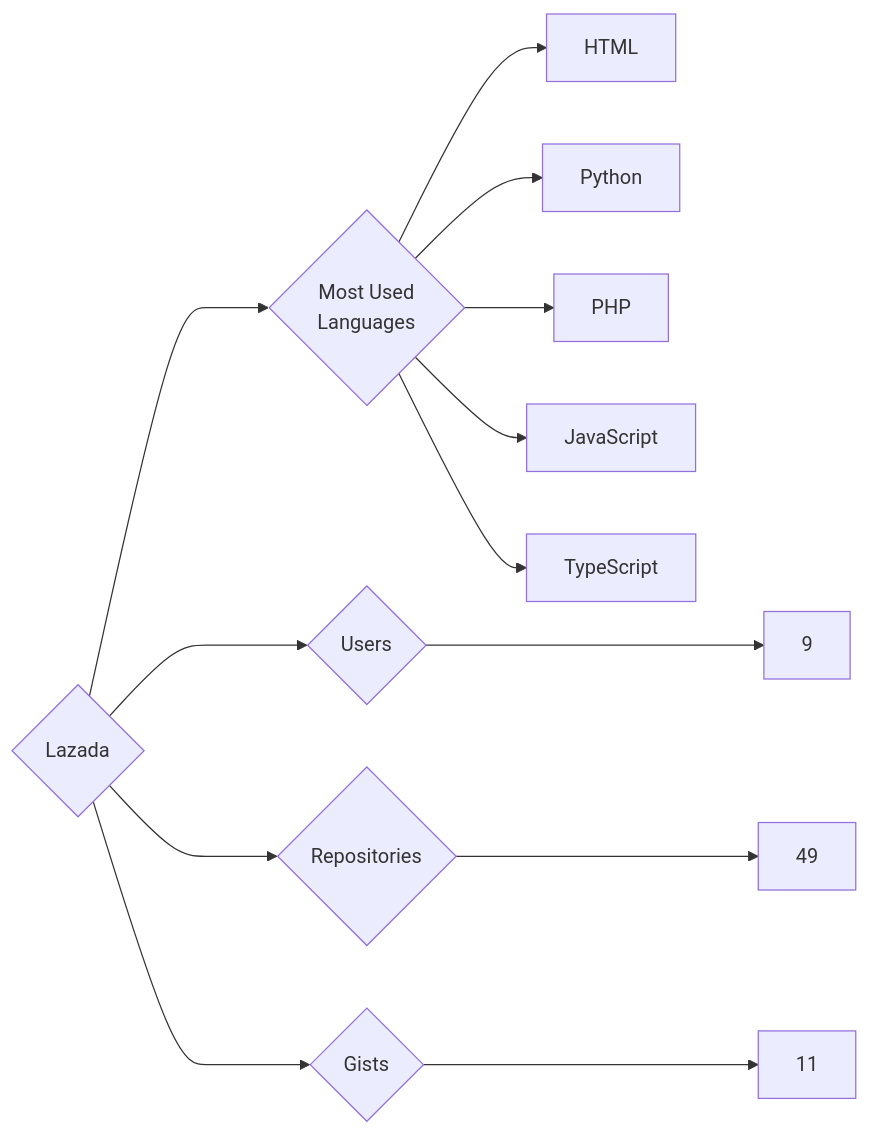
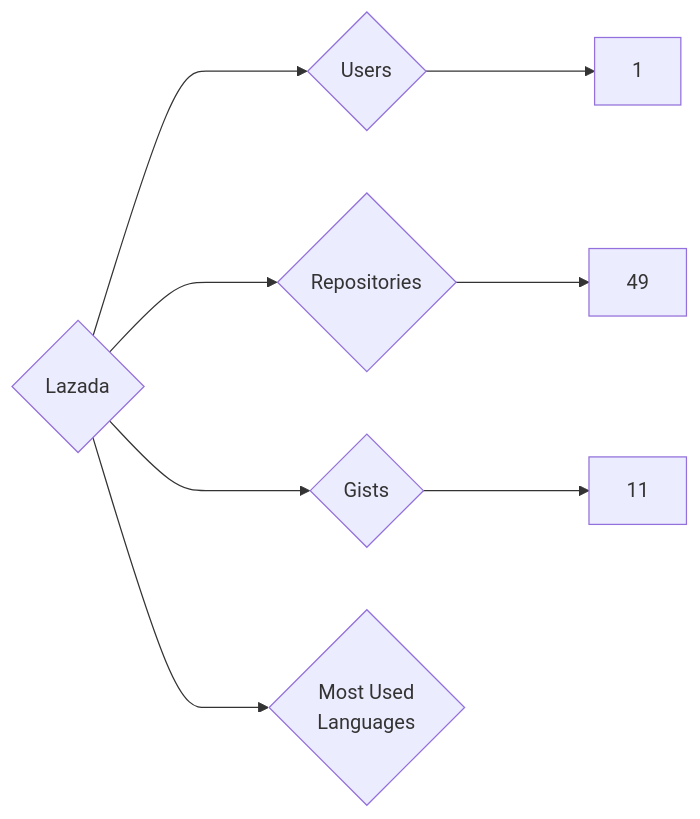
One commit to trickest/insiders changed the diagram in targets/Lazada/README.md. Above: the diagram before and after it, drawn with Mermaid. The commit also changed 723 other files, not shown here.

````diff
--- a/targets/Lazada/README.md
+++ b/targets/Lazada/README.md
@@ -3,13 +3,8 @@
 ```mermaid
 graph LR
 COMPANY_NAME{Lazada}
-COMPANY_NAME ---> U{Users} ---> UN[9]
+COMPANY_NAME ---> U{Users} ---> UN[1]
 COMPANY_NAME ---> R{Repositories} ---> RN[49]
 COMPANY_NAME ---> G{Gists} ---> GN[11]
 COMPANY_NAME ---> ML{Most Used<br>Languages}
-ML --> HTML[HTML]
-ML --> Python[Python]
-ML --> PHP[PHP]
-ML --> JavaScript[JavaScript]
-ML --> TypeScript[TypeScript]
 ```
````
